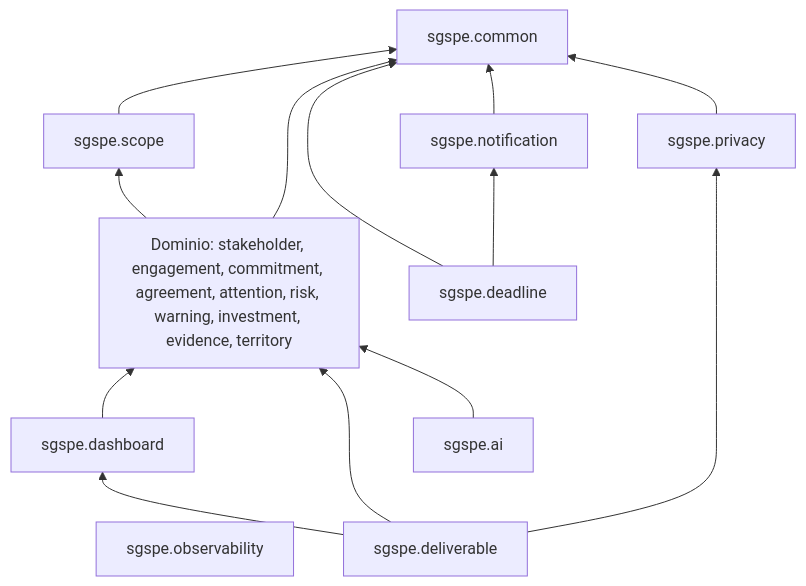
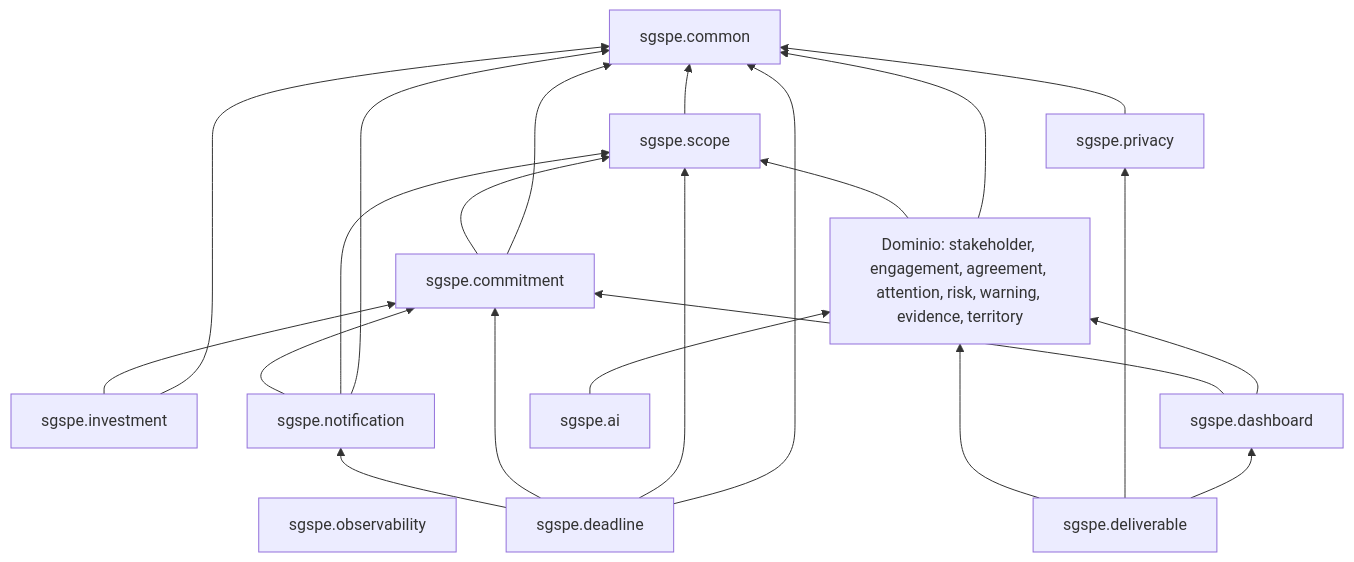
One commit to wasichai/sgspe changed the third of 8 diagrams in docs/architecture.md. Above: the diagram before and after it, drawn with Mermaid. The commit also changed other lines of this file and 1 other file, not shown here.

````diff
--- a/docs/architecture.md
+++ b/docs/architecture.md
@@ -220,25 +220,36 @@
 ```mermaid
 flowchart BT
     COMMON["sgspe.common"]
     OBSV["sgspe.observability"]
     SCOPE["sgspe.scope"]
-    DOM["Dominio: stakeholder, engagement, commitment, agreement, attention, risk, warning, investment, evidence, territory"]
+    DOM["Dominio: stakeholder, engagement, agreement, attention, risk, warning, evidence, territory"]
+    COMMIT["sgspe.commitment"]
+    INV["sgspe.investment"]
     DEAD["sgspe.deadline"]
     NOTI["sgspe.notification"]
     PRIV["sgspe.privacy"]
     DASH["sgspe.dashboard"]
     DELIV["sgspe.deliverable"]
     AIPKG["sgspe.ai"]
     SCOPE --> COMMON
     DOM --> COMMON
     DOM --> SCOPE
+    COMMIT --> COMMON
+    COMMIT --> SCOPE
+    INV --> COMMON
+    INV --> COMMIT
     DEAD --> COMMON
+    DEAD --> SCOPE
+    DEAD --> COMMIT
     DEAD --> NOTI
     NOTI --> COMMON
+    NOTI --> SCOPE
+    NOTI --> COMMIT
     PRIV --> COMMON
     DASH --> DOM
+    DASH --> COMMIT
     DELIV --> DASH
     DELIV --> PRIV
     DELIV --> DOM
     AIPKG --> DOM
 ```
````
